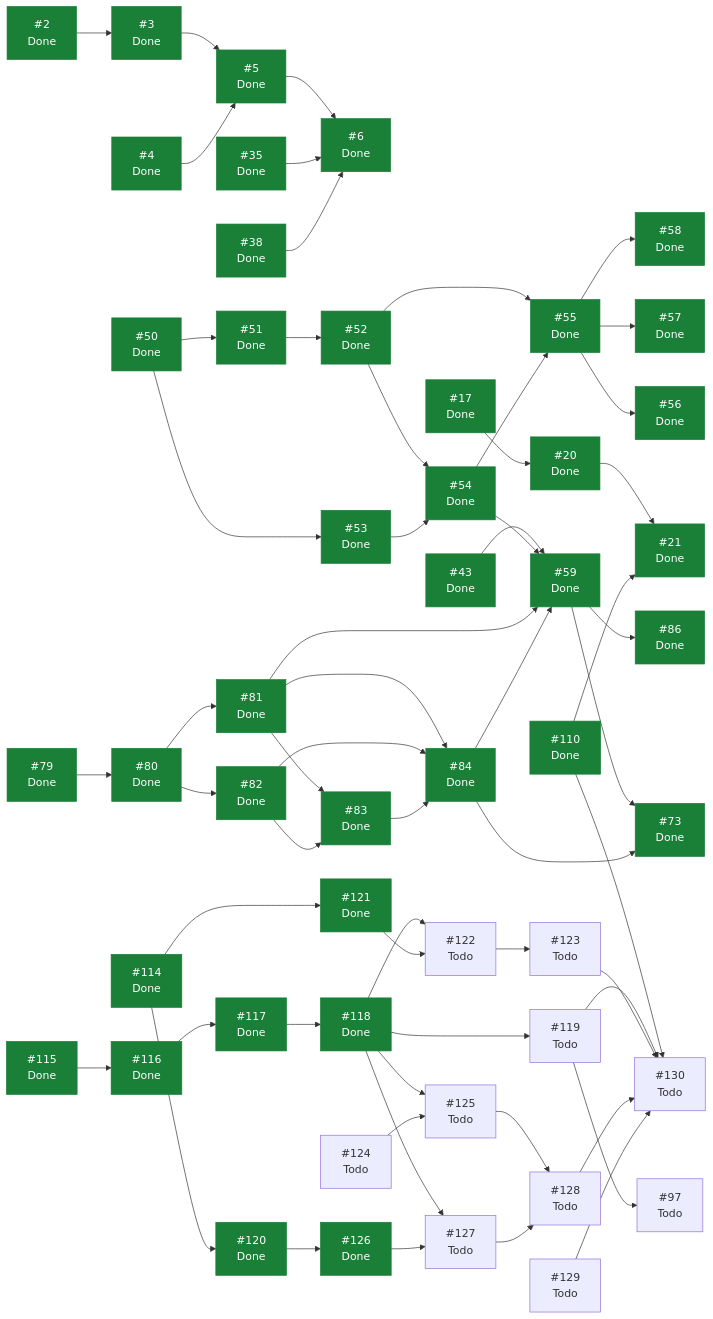
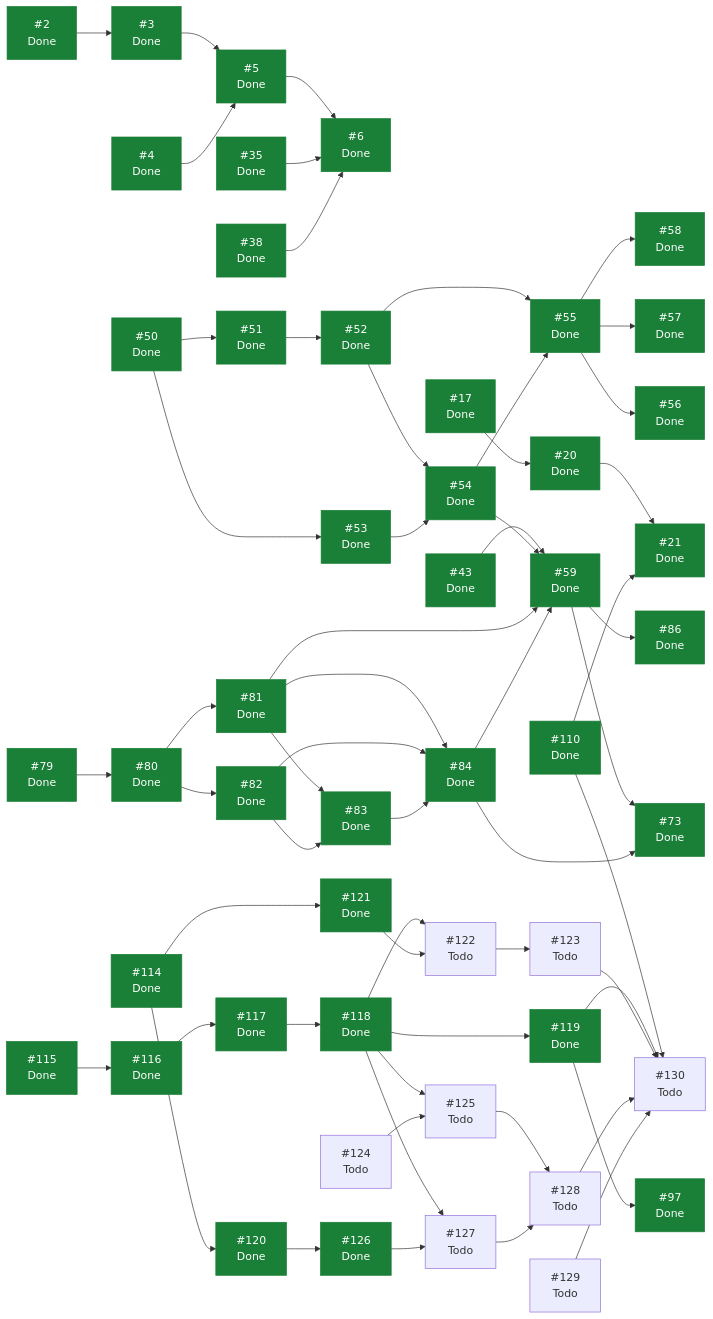
One commit to ecamp0s/evault changed the diagram in docs/planning/STATUS.md. Above: the diagram before and after it, drawn with Mermaid. The commit also changed other lines of this file, not shown here.

````diff
--- a/docs/planning/STATUS.md
+++ b/docs/planning/STATUS.md
@@ -165,14 +164,14 @@
   I83["#83<br/>Done"]
   I84["#84<br/>Done"]
   I86["#86<br/>Done"]
-  I97["#97<br/>Todo"]
+  I97["#97<br/>Done"]
   I110["#110<br/>Done"]
   I114["#114<br/>Done"]
   I115["#115<br/>Done"]
   I116["#116<br/>Done"]
   I117["#117<br/>Done"]
   I118["#118<br/>Done"]
-  I119["#119<br/>Todo"]
+  I119["#119<br/>Done"]
   I120["#120<br/>Done"]
   I121["#121<br/>Done"]
   I122["#122<br/>Todo"]
@@ -241,5 +240,5 @@
   I128 --> I130
   I129 --> I130
   classDef hecho fill:#1a7f37,stroke:#1a7f37,color:#fff;
-  class I2,I3,I4,I5,I6,I17,I20,I21,I35,I38,I43,I50,I51,I52,I53,I54,I55,I56,I57,I58,I59,I73,I79,I80,I81,I82,I83,I84,I86,I110,I114,I115,I116,I117,I118,I120,I121,I126 hecho;
+  class I2,I3,I4,I5,I6,I17,I20,I21,I35,I38,I43,I50,I51,I52,I53,I54,I55,I56,I57,I58,I59,I73,I79,I80,I81,I82,I83,I84,I86,I97,I110,I114,I115,I116,I117,I118,I119,I120,I121,I126 hecho;
 ```
````
